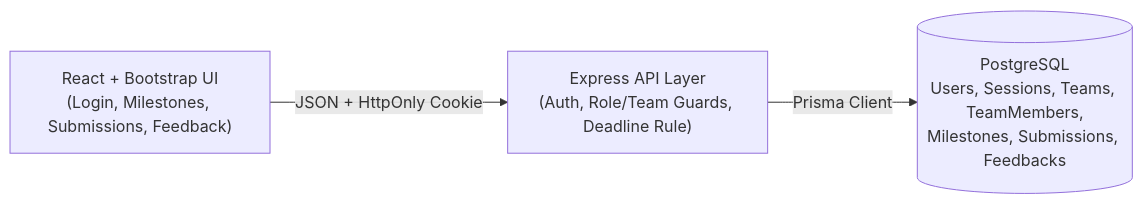
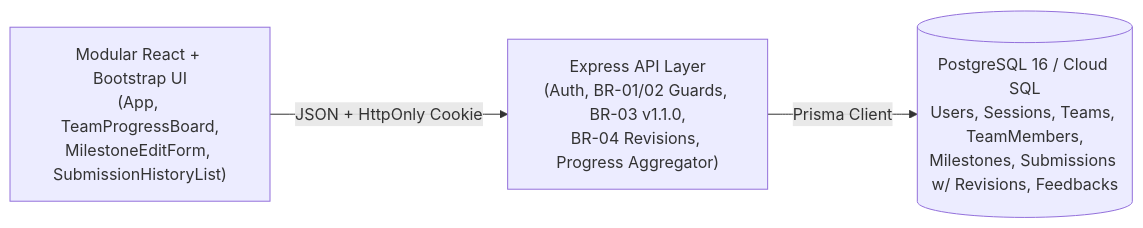
One commit to JinggXd/course-project-sprintDUO changed the first of 2 diagrams in docs/system-sds.md. Above: the diagram before and after it, drawn with Mermaid. The commit also changed other lines of this file and 13 other files, not shown here.

Commit message:
feat(sprint3): implement F-04a Team Progress Board & update Deliverable 2 baseline docs (#8)

````diff
--- a/docs/system-sds.md
+++ b/docs/system-sds.md
@@ -15,5 +26,5 @@
 ```mermaid
 flowchart LR
-    UI["React + Bootstrap UI\n(Login, Milestones, Submissions, Feedback)"] -->|JSON + HttpOnly Cookie| API["Express API Layer\n(Auth, Role/Team Guards, Deadline Rule)"]
-    API -->|Prisma Client| DB[(PostgreSQL\nUsers, Sessions, Teams, TeamMembers,\nMilestones, Submissions, Feedbacks)]
+    UI["Modular React + Bootstrap UI\n(App, TeamProgressBoard,\nMilestoneEditForm, SubmissionHistoryList)"] -->|JSON + HttpOnly Cookie| API["Express API Layer\n(Auth, BR-01/02 Guards, BR-03 v1.1.0,\nBR-04 Revisions, Progress Aggregator)"]
+    API -->|Prisma Client| DB[(PostgreSQL 16 / Cloud SQL\nUsers, Sessions, Teams, TeamMembers,\nMilestones, Submissions w/ Revisions, Feedbacks)]
 ```
````
